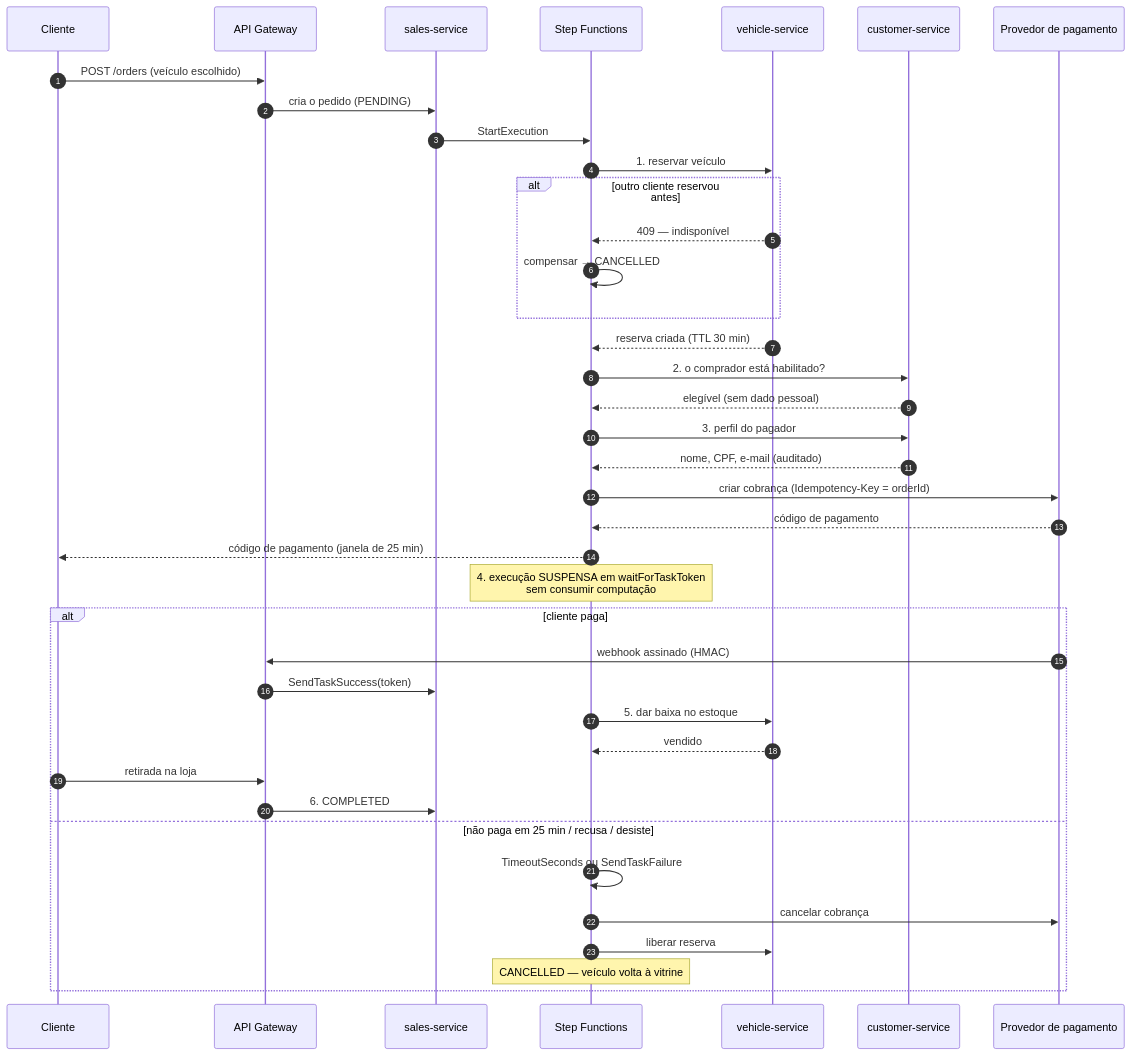
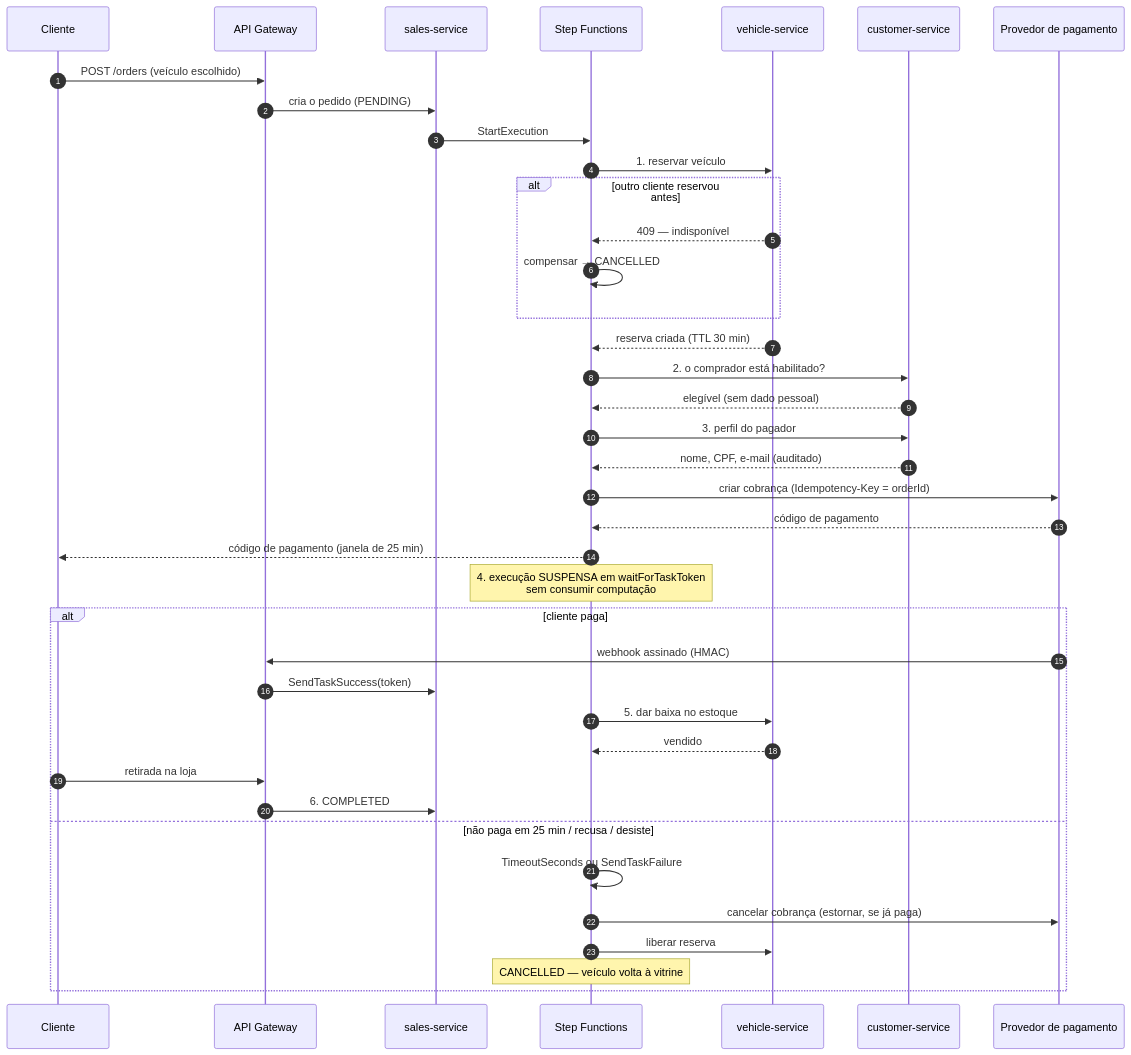
One commit to wellison28/tech-challenge-fase5 changed the second of 4 diagrams in docs/01-arquitetura.md. Above: the diagram before and after it, drawn with Mermaid. The commit also changed 6 other files, not shown here.

First line of the commit message:
fix(sales): compensação estorna cobrança já paga

````diff
--- a/docs/01-arquitetura.md
+++ b/docs/01-arquitetura.md
@@ -155,47 +155,47 @@
 ```mermaid
 sequenceDiagram
     autonumber
     participant C as Cliente
     participant API as API Gateway
     participant S as sales-service
     participant SF as Step Functions
     participant V as vehicle-service
     participant CU as customer-service
     participant P as Provedor de pagamento
 
     C->>API: POST /orders (veículo escolhido)
     API->>S: cria o pedido (PENDING)
     S->>SF: StartExecution
 
     SF->>V: 1. reservar veículo
     alt outro cliente reservou antes
         V-->>SF: 409 — indisponível
         SF->>SF: compensar → CANCELLED
     end
     V-->>SF: reserva criada (TTL 30 min)
 
     SF->>CU: 2. o comprador está habilitado?
     CU-->>SF: elegível (sem dado pessoal)
 
     SF->>CU: 3. perfil do pagador
     CU-->>SF: nome, CPF, e-mail (auditado)
     SF->>P: criar cobrança (Idempotency-Key = orderId)
     P-->>SF: código de pagamento
     SF-->>C: código de pagamento (janela de 25 min)
 
     Note over SF: 4. execução SUSPENSA em waitForTaskToken<br/>sem consumir computação
 
     alt cliente paga
         P->>API: webhook assinado (HMAC)
         API->>S: SendTaskSuccess(token)
         SF->>V: 5. dar baixa no estoque
         V-->>SF: vendido
         C->>API: retirada na loja
         API->>S: 6. COMPLETED
     else não paga em 25 min / recusa / desiste
         SF->>SF: TimeoutSeconds ou SendTaskFailure
-        SF->>P: cancelar cobrança
+        SF->>P: cancelar cobrança (estornar, se já paga)
         SF->>V: liberar reserva
         Note over SF: CANCELLED — veículo volta à vitrine
     end
 ```
````
